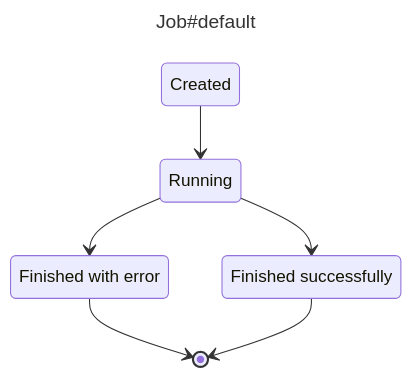
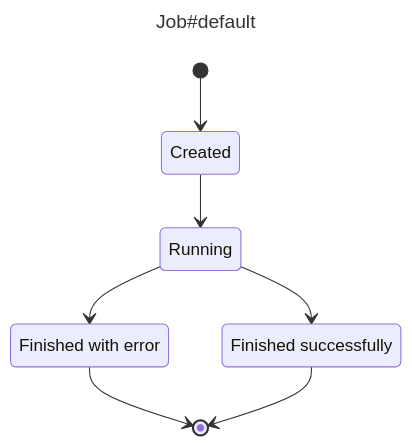
One commit to kamil-gwozdz/aasm-vis changed the diagram in README.md. Above: the diagram before and after it, drawn with Mermaid.

````diff
--- a/README.md
+++ b/README.md
@@ -38,18 +38,19 @@
 ```mermaid
 ---
 title: Job#default
 ---
 stateDiagram-v2
 
 created : Created
 running : Running
 finished_successfully : Finished successfully
 finished_with_error : Finished with error
   
+[*] --> created
 created --> running
 running --> finished_with_error
 running --> finished_successfully
 
 finished_with_error --> [*]
 finished_successfully --> [*]
 ```
````
